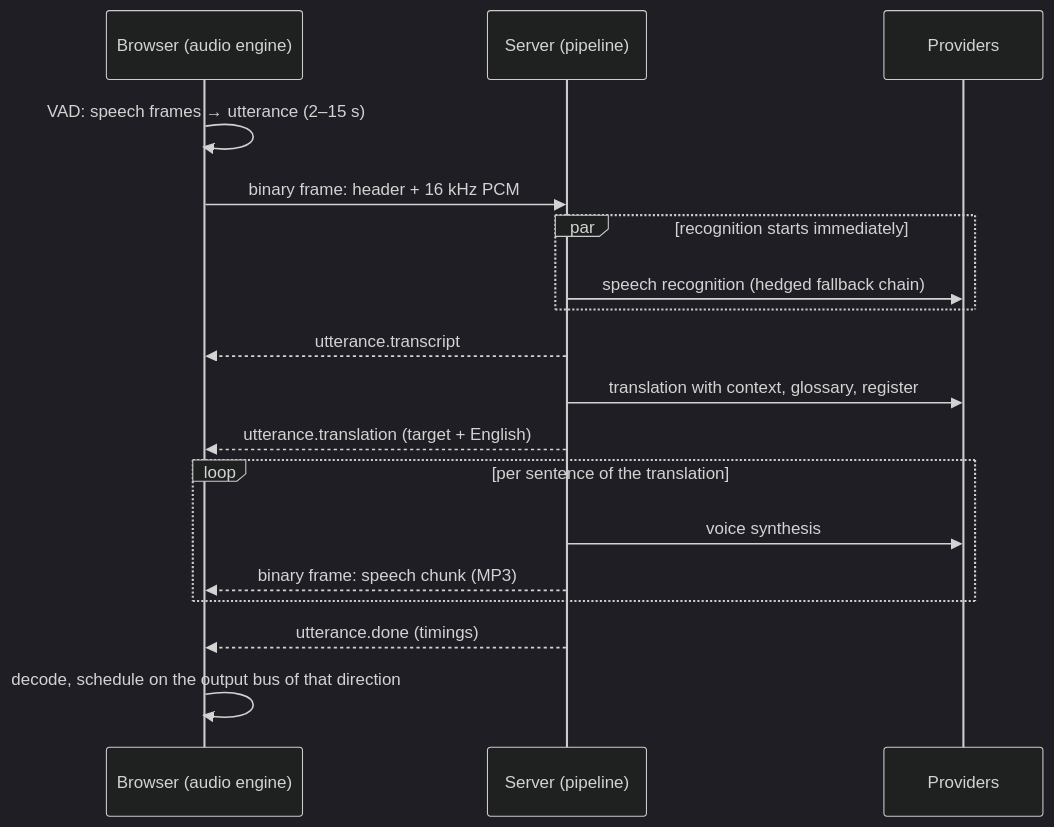
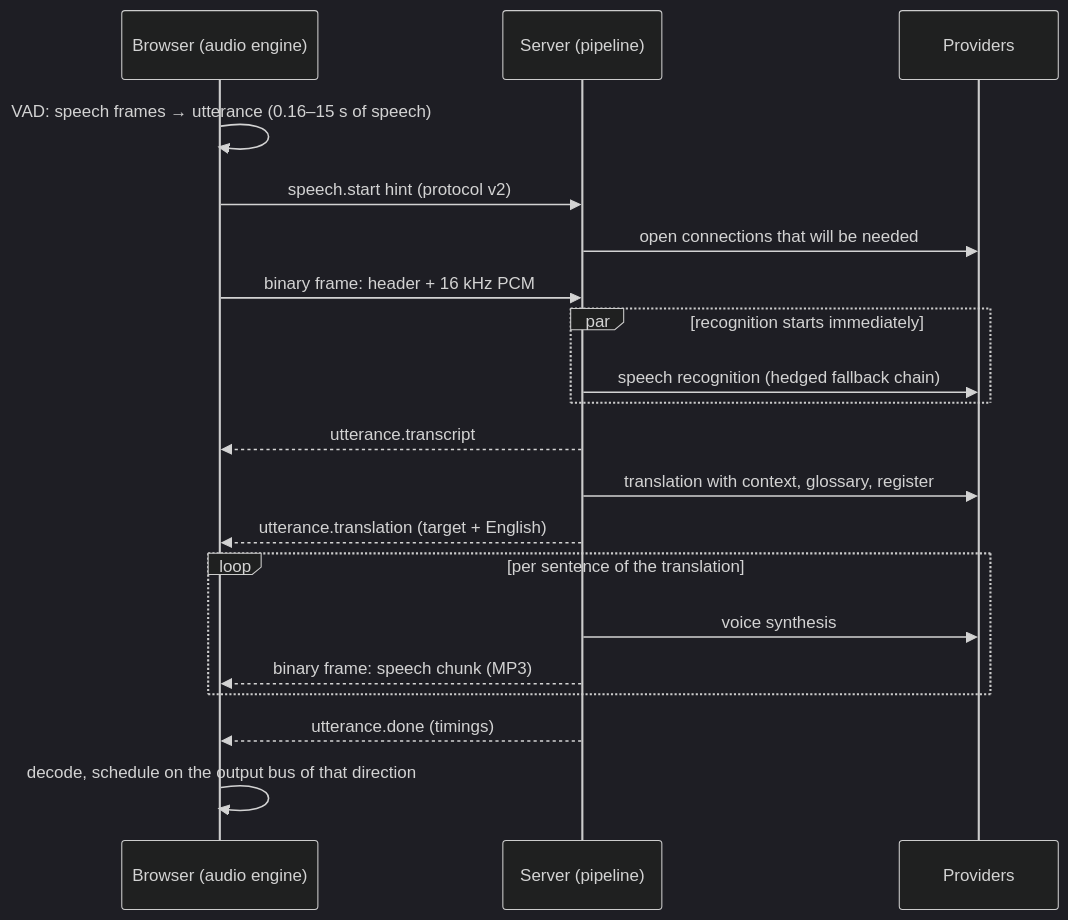
The diagram in docs/ARCHITECTURE.md (smafnan/Tarjuman), drawn with Mermaid (dark theme) before and after one commit. The commit also changed other lines of this file and 95 other files, not shown here.

````diff
--- a/docs/ARCHITECTURE.md
+++ b/docs/ARCHITECTURE.md
@@ -24,20 +24,22 @@
 ```mermaid
 sequenceDiagram
   participant B as Browser (audio engine)
   participant S as Server (pipeline)
   participant P as Providers
-  B->>B: VAD: speech frames → utterance (2–15 s)
+  B->>B: VAD: speech frames → utterance (0.16–15 s of speech)
+  B->>S: speech.start hint (protocol v2)
+  S->>P: open connections that will be needed
   B->>S: binary frame: header + 16 kHz PCM
   par recognition starts immediately
     S->>P: speech recognition (hedged fallback chain)
   end
   S-->>B: utterance.transcript
   S->>P: translation with context, glossary, register
   S-->>B: utterance.translation (target + English)
   loop per sentence of the translation
     S->>P: voice synthesis
     S-->>B: binary frame: speech chunk (MP3)
   end
   S-->>B: utterance.done (timings)
   B->>B: decode, schedule on the output bus of that direction
 ```
````
